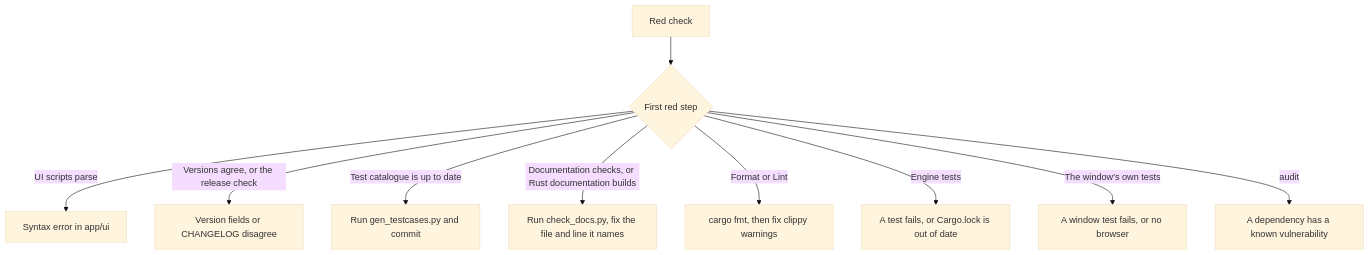
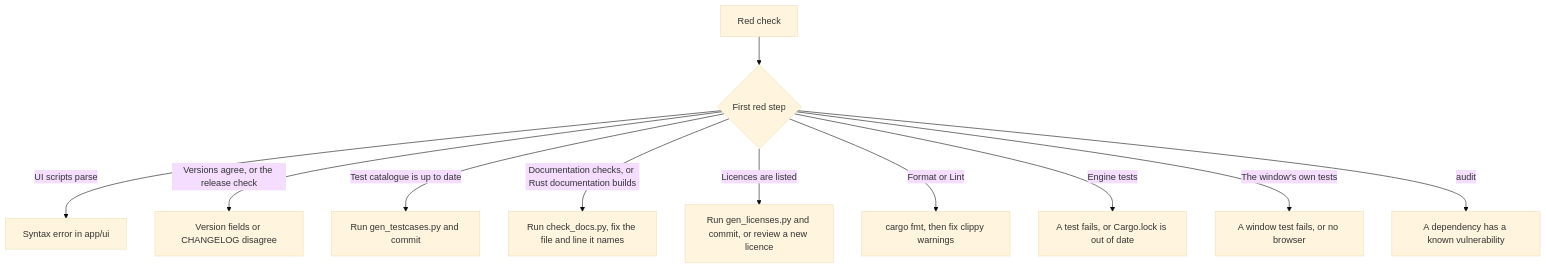
The diagram in docs/runbooks/ci-failure.md (SarangVehale/email-todolist), drawn with Mermaid (base theme) before and after one commit. The commit also changed other lines of this file and 12 other files, not shown here.

````diff
--- a/docs/runbooks/ci-failure.md
+++ b/docs/runbooks/ci-failure.md
@@ -23,12 +23,13 @@
 ```mermaid
 flowchart TD
     A["Red check"] --> B{"First red step"}
     B -- "UI scripts parse" --> C["Syntax error in app/ui"]
     B -- "Versions agree, or the release check" --> D["Version fields or CHANGELOG disagree"]
     B -- "Test catalogue is up to date" --> E["Run gen_testcases.py and commit"]
     B -- "Documentation checks, or Rust documentation builds" --> K["Run check_docs.py, fix the file and line it names"]
+    B -- "Licences are listed" --> L["Run gen_licenses.py and commit, or review a new licence"]
     B -- "Format or Lint" --> F["cargo fmt, then fix clippy warnings"]
     B -- "Engine tests" --> G["A test fails, or Cargo.lock is out of date"]
     B -- "The window's own tests" --> H["A window test fails, or no browser"]
     B -- "audit" --> I["A dependency has a known vulnerability"]
 ```
````
